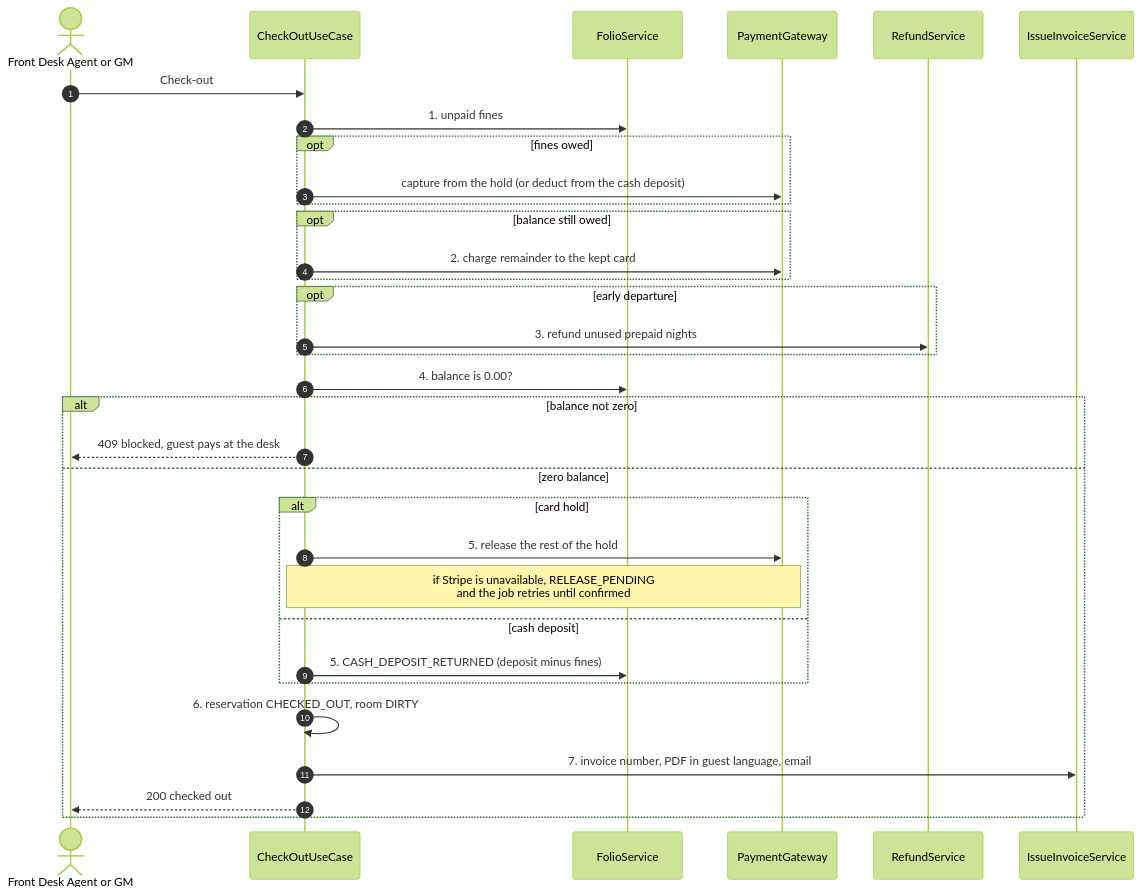
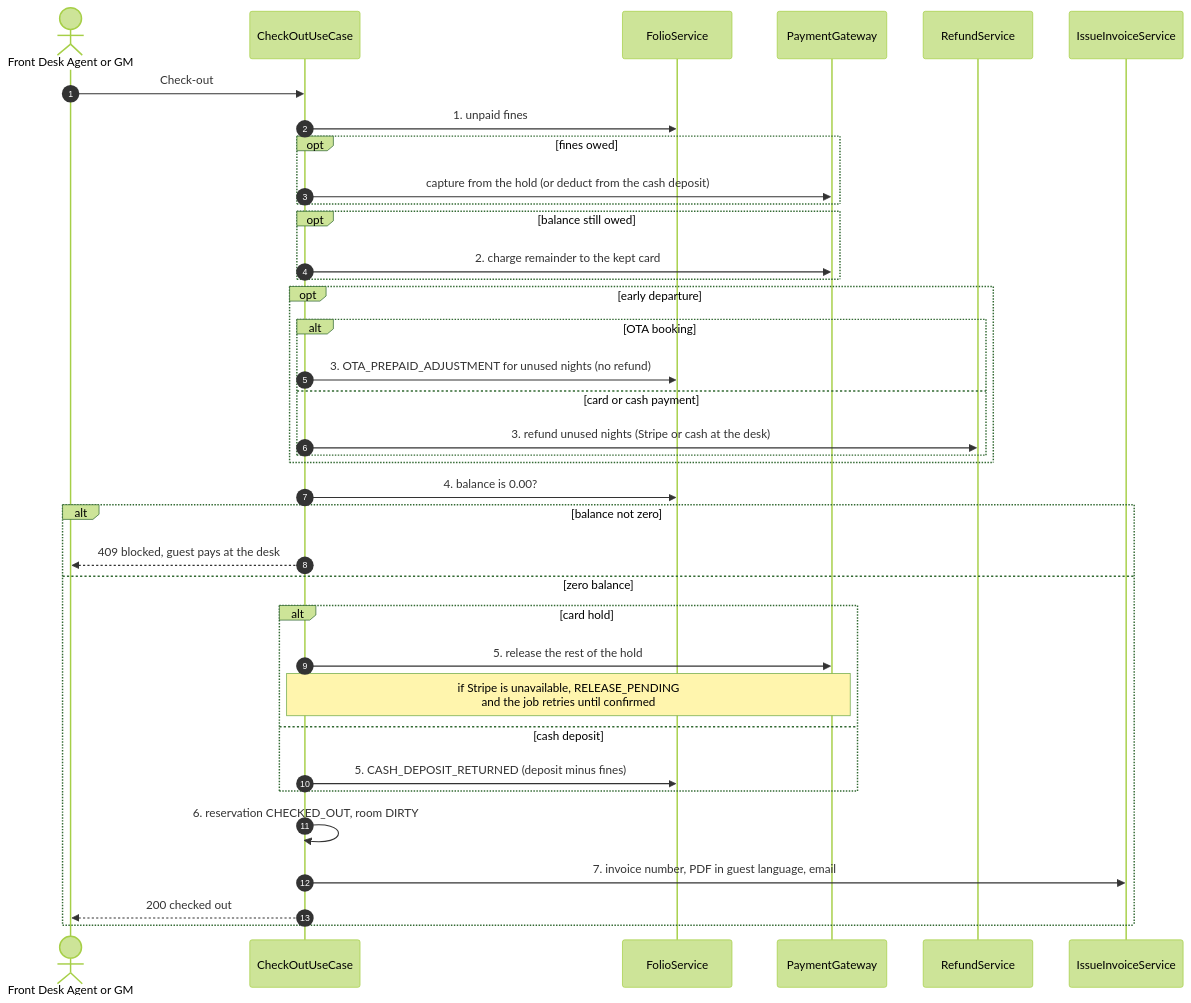
The third of 3 diagrams in docs/Initial Requirements/Diagrams/US-17 - Check-out with Zero Balance.md (BraceroInSabot/Motel-Starmie), drawn with Mermaid (forest theme) before and after one commit. The commit also changed other lines of this file and 15 other files, not shown here.

````diff
--- a/docs/Initial Requirements/Diagrams/US-17 - Check-out with Zero Balance.md
+++ b/docs/Initial Requirements/Diagrams/US-17 - Check-out with Zero Balance.md
@@ -185,36 +213,40 @@
 ```mermaid
 sequenceDiagram
     autonumber
     actor FDA as Front Desk Agent or GM
     participant UC as CheckOutUseCase
     participant Folio as FolioService
     participant Pay as PaymentGateway
     participant Refund as RefundService
     participant Inv as IssueInvoiceService
 
     FDA->>UC: Check-out
     UC->>Folio: 1. unpaid fines
     opt fines owed
         UC->>Pay: capture from the hold (or deduct from the cash deposit)
     end
     opt balance still owed
         UC->>Pay: 2. charge remainder to the kept card
     end
     opt early departure
-        UC->>Refund: 3. refund unused prepaid nights
+        alt OTA booking
+            UC->>Folio: 3. OTA_PREPAID_ADJUSTMENT for unused nights (no refund)
+        else card or cash payment
+            UC->>Refund: 3. refund unused nights (Stripe or cash at the desk)
+        end
     end
     UC->>Folio: 4. balance is 0.00?
     alt balance not zero
         UC-->>FDA: 409 blocked, guest pays at the desk
     else zero balance
         alt card hold
             UC->>Pay: 5. release the rest of the hold
             Note over UC,Pay: if Stripe is unavailable, RELEASE_PENDING<br/>and the job retries until confirmed
         else cash deposit
             UC->>Folio: 5. CASH_DEPOSIT_RETURNED (deposit minus fines)
         end
         UC->>UC: 6. reservation CHECKED_OUT, room DIRTY
         UC->>Inv: 7. invoice number, PDF in guest language, email
         UC-->>FDA: 200 checked out
     end
 ```
````
